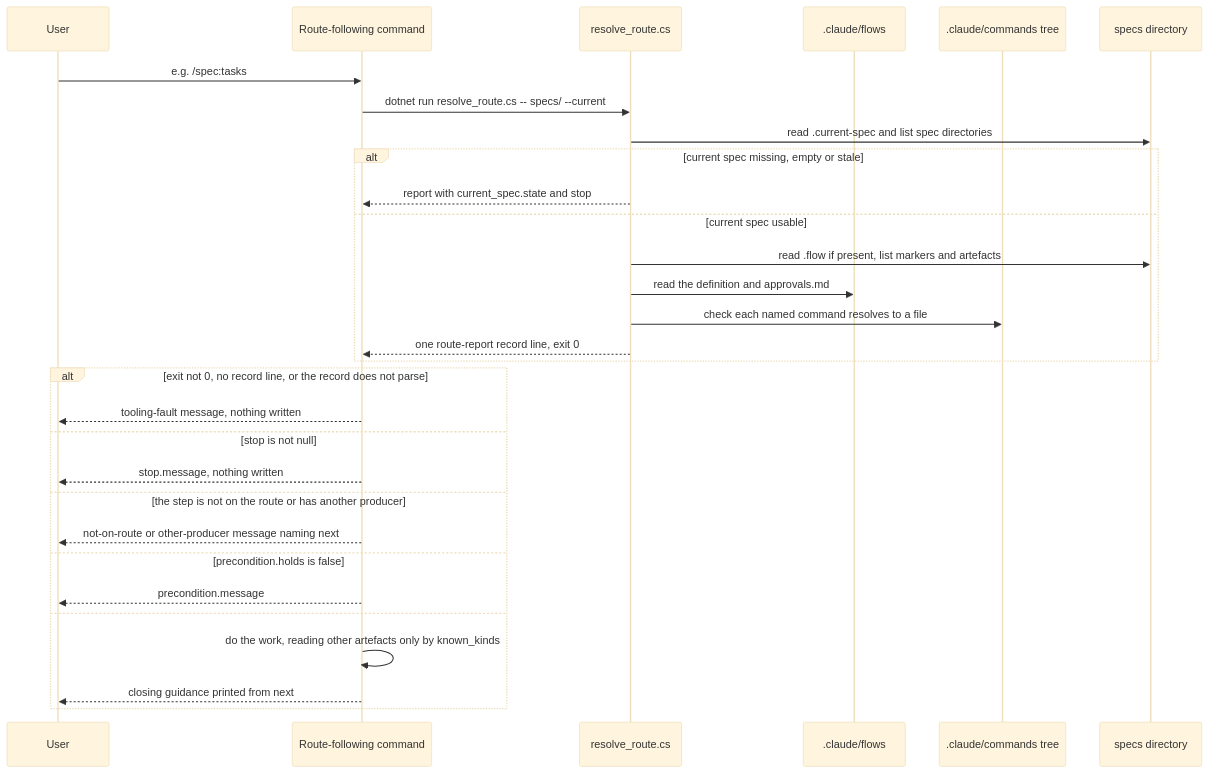
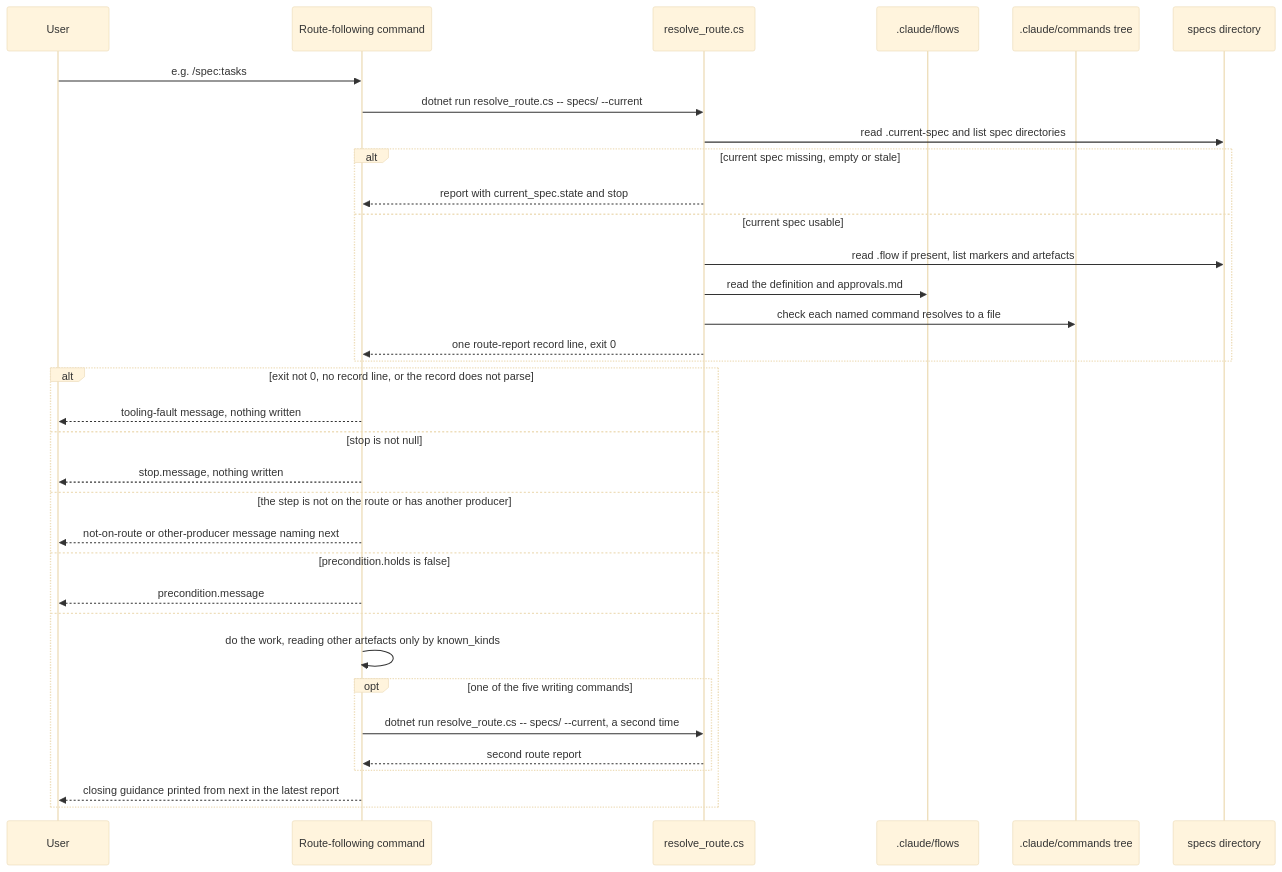
The first of 3 diagrams in docs/adr/0089-slips-resolver-and-routing.md (BrighterCommand/Brighter), drawn with Mermaid (base theme) before and after one commit. The commit also changed other lines of this file, not shown here.

````diff
--- a/docs/adr/0089-slips-resolver-and-routing.md
+++ b/docs/adr/0089-slips-resolver-and-routing.md
@@ -145,32 +146,36 @@
 ```mermaid
 sequenceDiagram
     participant U as User
     participant C as Route-following command
     participant R as resolve_route.cs
     participant F as .claude/flows
     participant T as .claude/commands tree
     participant S as specs directory
     U->>C: e.g. /spec:tasks
     C->>R: dotnet run resolve_route.cs -- specs/ --current
     R->>S: read .current-spec and list spec directories
     alt current spec missing, empty or stale
         R-->>C: report with current_spec.state and stop
     else current spec usable
         R->>S: read .flow if present, list markers and artefacts
         R->>F: read the definition and approvals.md
         R->>T: check each named command resolves to a file
         R-->>C: one route-report record line, exit 0
     end
     alt exit not 0, no record line, or the record does not parse
         C-->>U: tooling-fault message, nothing written
     else stop is not null
         C-->>U: stop.message, nothing written
     else the step is not on the route or has another producer
         C-->>U: not-on-route or other-producer message naming next
     else precondition.holds is false
         C-->>U: precondition.message
     else
         C->>C: do the work, reading other artefacts only by known_kinds
-        C-->>U: closing guidance printed from next
+        opt one of the five writing commands
+            C->>R: dotnet run resolve_route.cs -- specs/ --current, a second time
+            R-->>C: second route report
+        end
+        C-->>U: closing guidance printed from next in the latest report
     end
 ```
````
